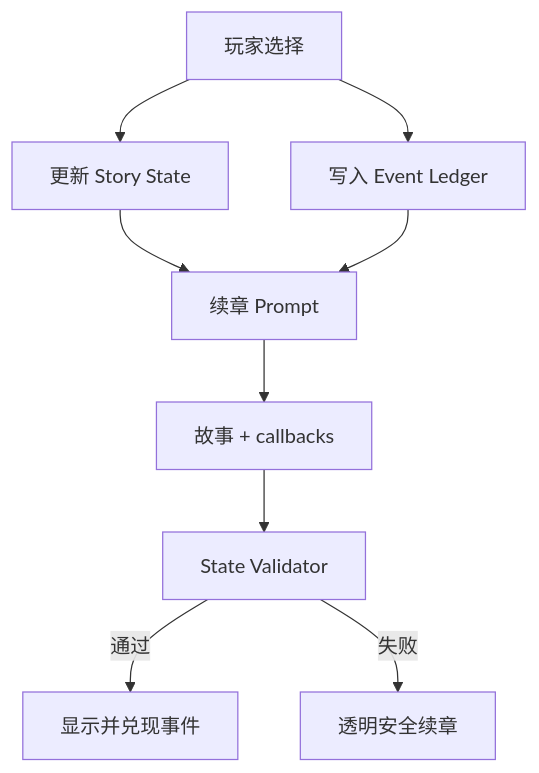
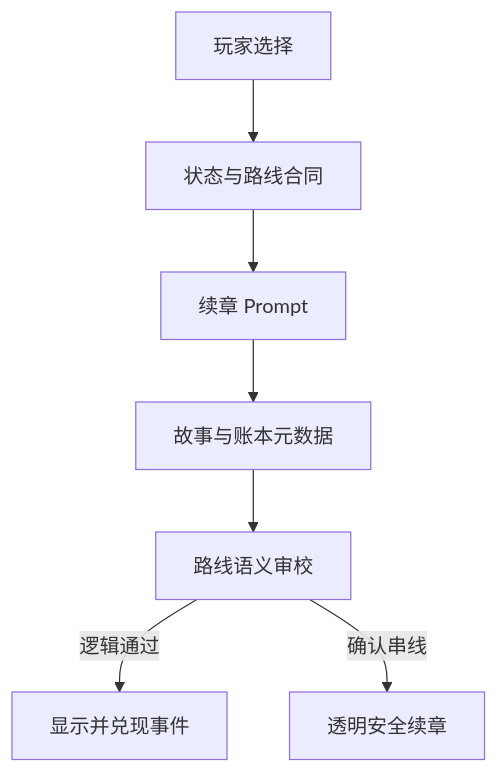
One commit to scarlettli812-code/herparalives changed the diagram in STORY_GENERATION_V4.md. Above: the diagram before and after it, drawn with Mermaid. The commit also changed other lines of this file and 7 other files, not shown here.

````diff
--- a/STORY_GENERATION_V4.md
+++ b/STORY_GENERATION_V4.md
@@ -16,11 +17,9 @@
 ```mermaid
 flowchart TD
-  A[玩家选择] --> B[更新 Story State]
-  A --> C[写入 Event Ledger]
-  B --> D[续章 Prompt]
-  C --> D
-  D --> E[故事 + callbacks]
-  E --> F[State Validator]
-  F -->|通过| G[显示并兑现事件]
-  F -->|失败| H[透明安全续章]
+  A[玩家选择] --> B[状态与路线合同]
+  B --> C[续章 Prompt]
+  C --> D[故事与账本元数据]
+  D --> E[路线语义审校]
+  E -->|逻辑通过| F[显示并兑现事件]
+  E -->|确认串线| G[透明安全续章]
 ```
````
